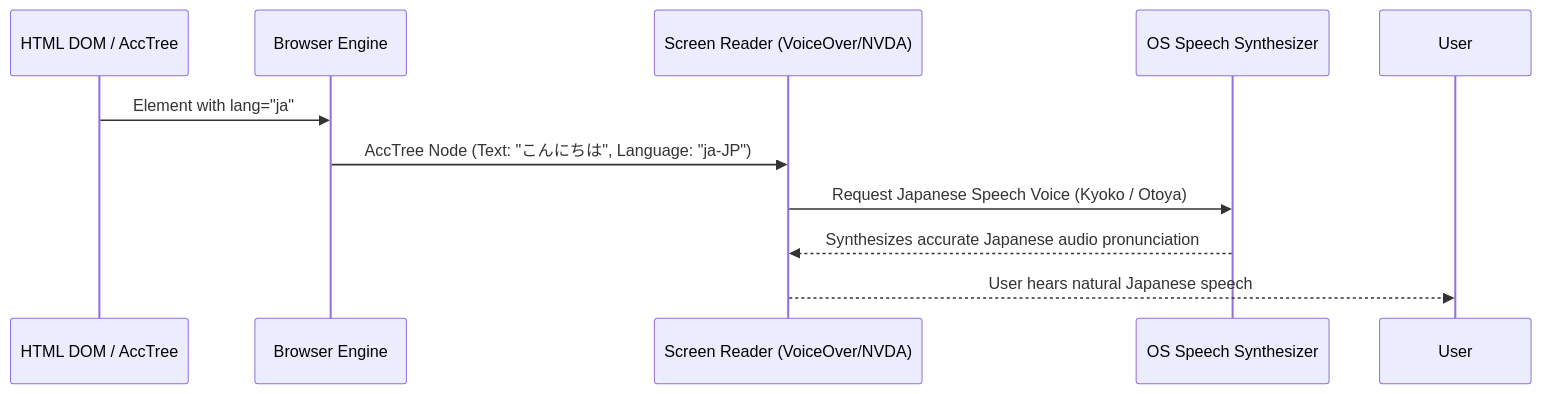
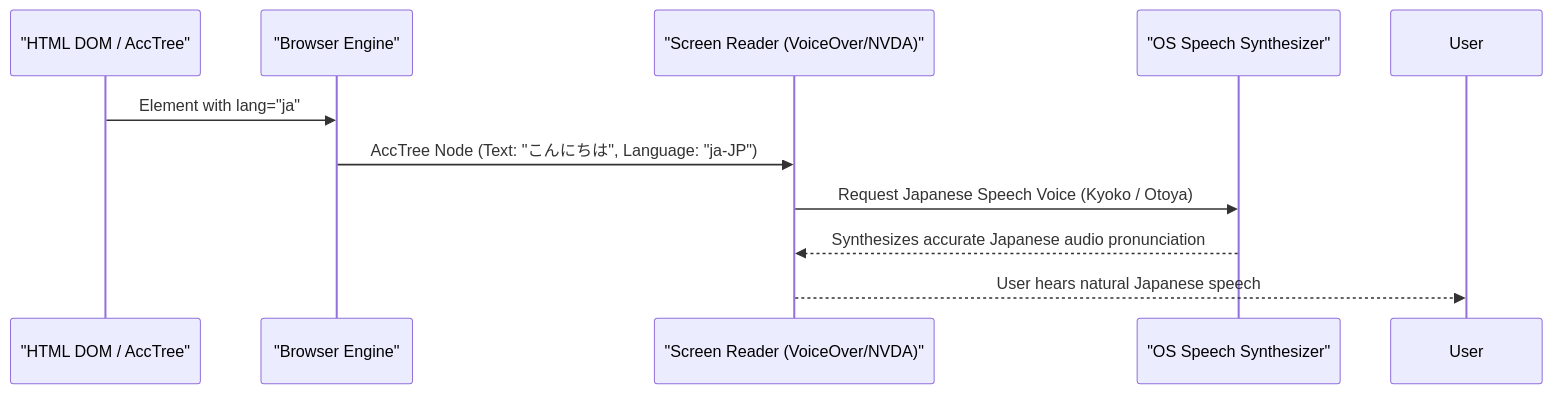
The fourth of 6 diagrams in Accessibility/Internationalization_i18n_l10n_a11y.md (kumaratul60/System-Design), drawn with Mermaid before and after one commit. The commit also changed other lines of this file and 2 other files, not shown here.

Commit message:
fix: update mermaid diagrams for improved clarity and consistency

````diff
--- a/Accessibility/Internationalization_i18n_l10n_a11y.md
+++ b/Accessibility/Internationalization_i18n_l10n_a11y.md
@@ -353,13 +353,13 @@
 ```mermaid
 sequenceDiagram
-    participant DOM as HTML DOM / AccTree
-    participant Browser as Browser Engine
-    participant SR as Screen Reader (VoiceOver/NVDA)
-    participant TTS as OS Speech Synthesizer
+    participant DOM as "HTML DOM / AccTree"
+    participant Browser as "Browser Engine"
+    participant SR as "Screen Reader (VoiceOver/NVDA)"
+    participant TTS as "OS Speech Synthesizer"
 
     DOM->>Browser: Element with lang="ja"
     Browser->>SR: AccTree Node (Text: "こんにちは", Language: "ja-JP")
     SR->>TTS: Request Japanese Speech Voice (Kyoko / Otoya)
     TTS-->>SR: Synthesizes accurate Japanese audio pronunciation
     SR-->>User: User hears natural Japanese speech
 ```
````
